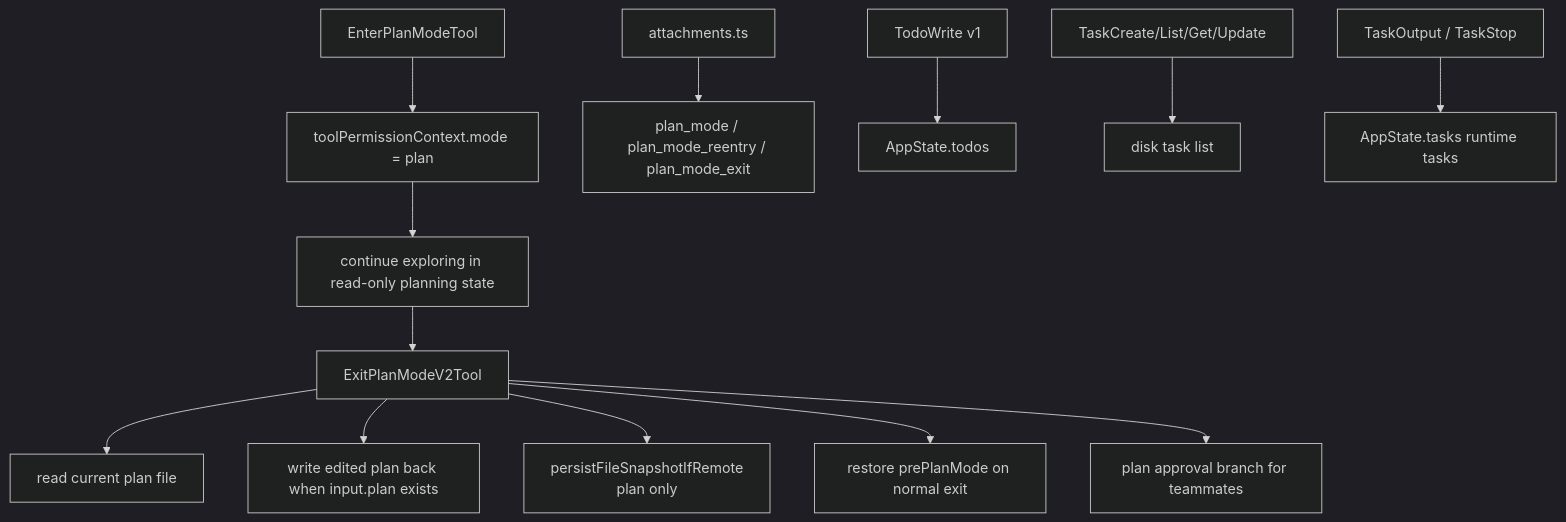
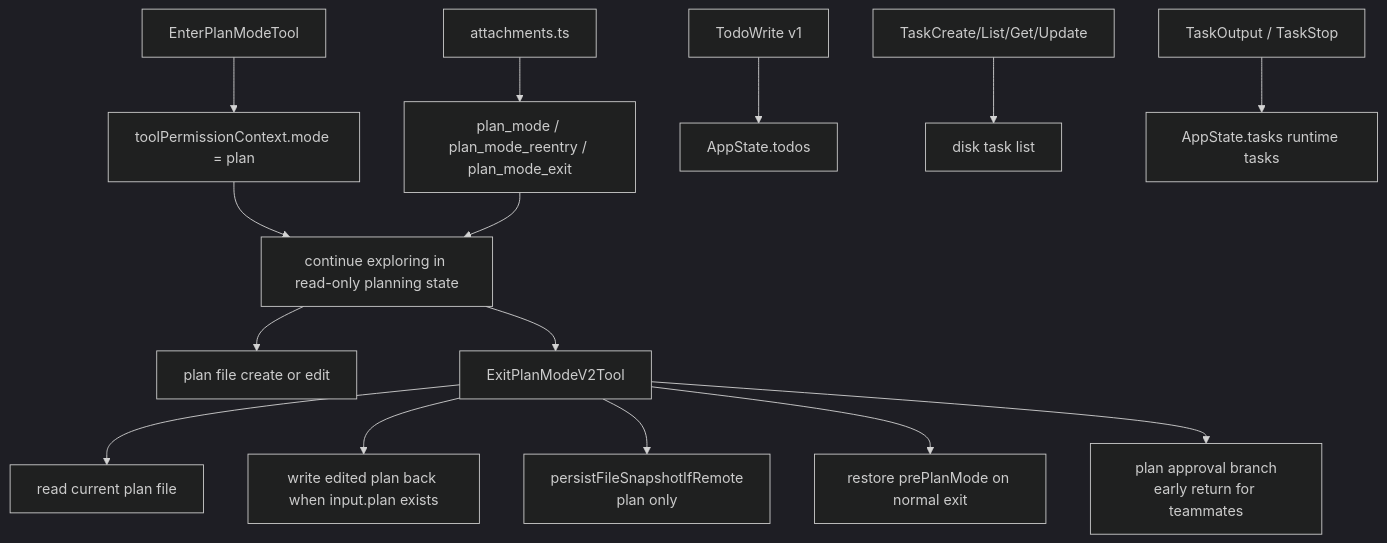
The second of 2 diagrams in MODULES/02-planning-compaction-and-assistant/DEEP/README.md (Boulea7/ClaudeCode-Source-DeepDive), drawn with Mermaid (dark theme) before and after one commit. The commit also changed other lines of this file and 13 other files, not shown here.

Commit message:
docs: polish architecture and remaining source-backed wording

````diff
--- a/MODULES/02-planning-compaction-and-assistant/DEEP/README.md
+++ b/MODULES/02-planning-compaction-and-assistant/DEEP/README.md
@@ -291,16 +296,18 @@
 ```mermaid
 flowchart TD
     A[EnterPlanModeTool] --> B[toolPermissionContext.mode = plan]
     B --> D[continue exploring in read-only planning state]
     C[attachments.ts] --> E[plan_mode / plan_mode_reentry / plan_mode_exit]
-    D --> F[ExitPlanModeV2Tool]
-    F --> G[read current plan file]
-    F --> H[write edited plan back when input.plan exists]
-    F --> I[persistFileSnapshotIfRemote<br/>plan only]
-    F --> J[restore prePlanMode on normal exit]
-    F --> K[plan approval branch for teammates]
+    E --> D
+    D --> F[plan file create or edit]
+    D --> G[ExitPlanModeV2Tool]
+    G --> H[read current plan file]
+    G --> I[write edited plan back when input.plan exists]
+    G --> J[persistFileSnapshotIfRemote<br/>plan only]
+    G --> K[restore prePlanMode on normal exit]
+    G --> L[plan approval branch<br/>early return for teammates]
 
-    L[TodoWrite v1] --> M[AppState.todos]
-    N[TaskCreate/List/Get/Update] --> O[disk task list]
-    P[TaskOutput / TaskStop] --> Q[AppState.tasks runtime tasks]
+    M[TodoWrite v1] --> N[AppState.todos]
+    O[TaskCreate/List/Get/Update] --> P[disk task list]
+    Q[TaskOutput / TaskStop] --> R[AppState.tasks runtime tasks]
 ```
````
